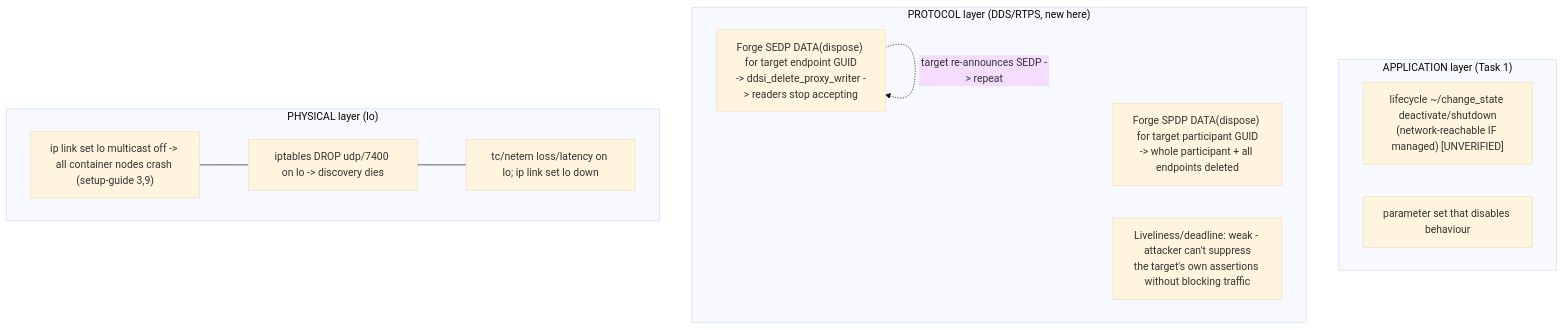
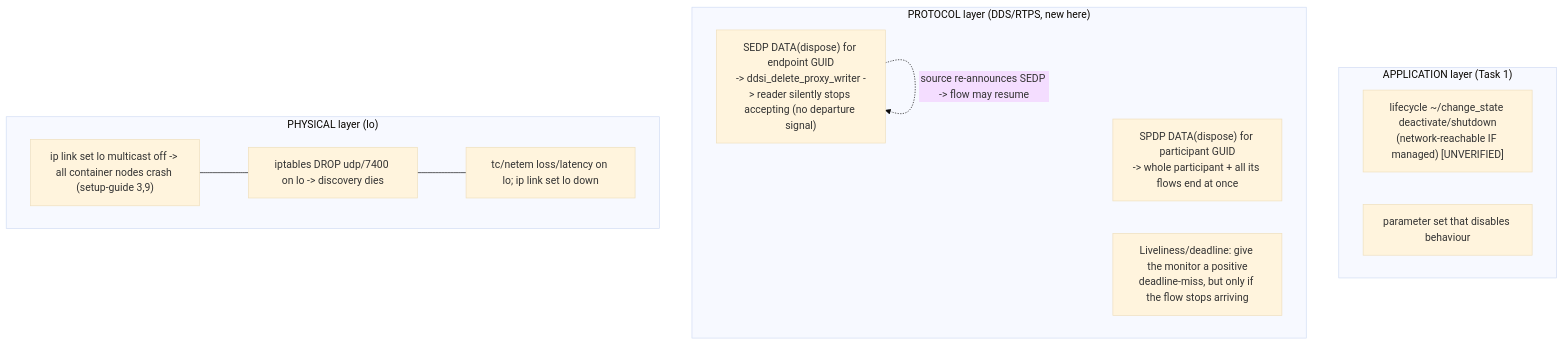
The diagram in awsim-study/reports/task-4-report.md (jpoanders/autoware-stack-notes), drawn with Mermaid (base theme) before and after one commit. The commit also changed other lines of this file and 11 other files, not shown here.

````diff
--- a/awsim-study/reports/task-4-report.md
+++ b/awsim-study/reports/task-4-report.md
@@ -73,19 +95,19 @@
 ```mermaid
 flowchart TD
   subgraph APP["APPLICATION layer (Task 1)"]
     A1["lifecycle ~/change_state deactivate/shutdown\n(network-reachable IF managed) [UNVERIFIED]"]
     A2["parameter set that disables behaviour"]
   end
   subgraph PROTO["PROTOCOL layer (DDS/RTPS, new here)"]
-    P1["Forge SEDP DATA(dispose) for target endpoint GUID\n-> ddsi_delete_proxy_writer -> readers stop accepting"]
-    P2["Forge SPDP DATA(dispose) for target participant GUID\n-> whole participant + all endpoints deleted"]
-    P3["Liveliness/deadline: weak - attacker can't suppress\nthe target's own assertions without blocking traffic"]
+    P1["SEDP DATA(dispose) for endpoint GUID\n-> ddsi_delete_proxy_writer -> reader silently stops accepting (no departure signal)"]
+    P2["SPDP DATA(dispose) for participant GUID\n-> whole participant + all its flows end at once"]
+    P3["Liveliness/deadline: give the monitor a positive\ndeadline-miss, but only if the flow stops arriving"]
   end
   subgraph PHYS["PHYSICAL layer (lo)"]
     H1["ip link set lo multicast off -> all container nodes crash (setup-guide 3,9)"]
     H2["iptables DROP udp/7400 on lo -> discovery dies"]
     H3["tc/netem loss/latency on lo; ip link set lo down"]
   end
-  P1 -. "target re-announces SEDP -> repeat" .-> P1
+  P1 -. "source re-announces SEDP -> flow may resume" .-> P1
   H1 --- H2 --- H3
 ```
````
